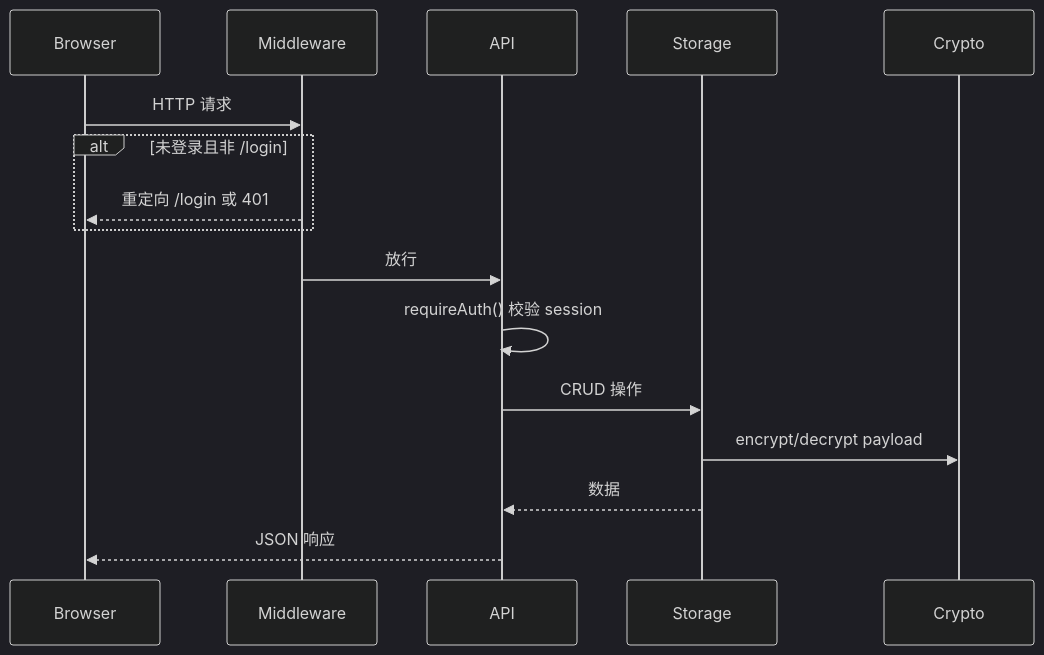
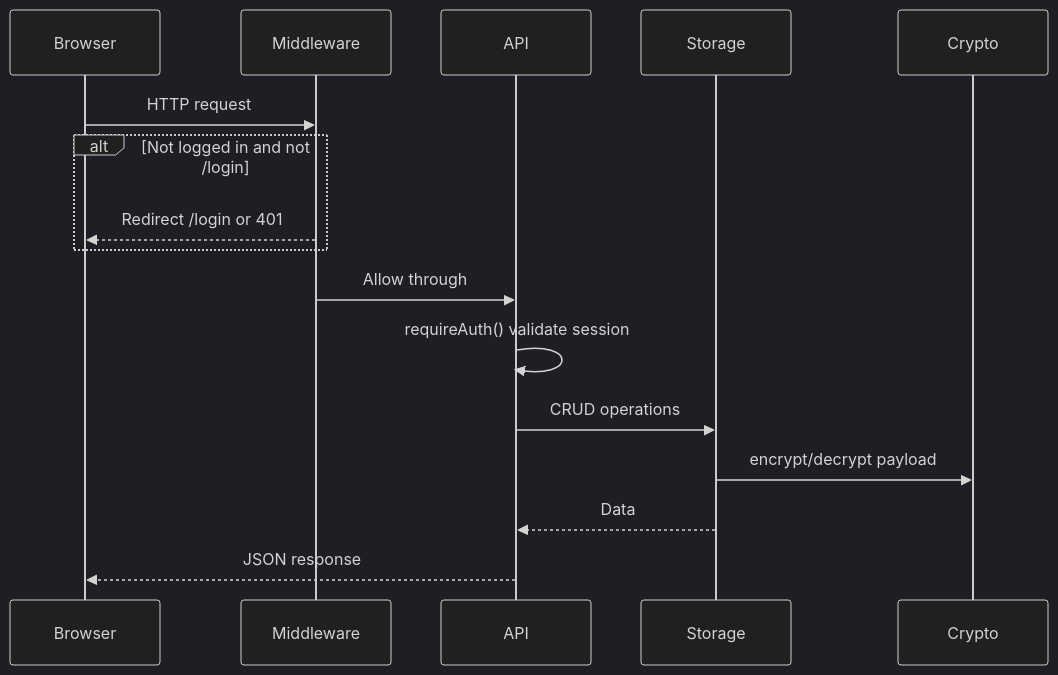
Before and after one commit to dinghongfei/LockPass: the third of 5 diagrams in WIKI.md, drawn with Mermaid (dark theme). The commit also changed other lines of this file and 3 other files, not shown here.

````diff
--- a/WIKI.md
+++ b/WIKI.md
@@ -259,19 +265,19 @@
 ```mermaid
 sequenceDiagram
     participant Browser
     participant Middleware
     participant API
     participant Storage
     participant Crypto
 
-    Browser->>Middleware: HTTP 请求
-    alt 未登录且非 /login
-        Middleware-->>Browser: 重定向 /login 或 401
+    Browser->>Middleware: HTTP request
+    alt Not logged in and not /login
+        Middleware-->>Browser: Redirect /login or 401
     end
-    Middleware->>API: 放行
-    API->>API: requireAuth() 校验 session
-    API->>Storage: CRUD 操作
+    Middleware->>API: Allow through
+    API->>API: requireAuth() validate session
+    API->>Storage: CRUD operations
     Storage->>Crypto: encrypt/decrypt payload
-    Storage-->>API: 数据
-    API-->>Browser: JSON 响应
+    Storage-->>API: Data
+    API-->>Browser: JSON response
 ```
````
